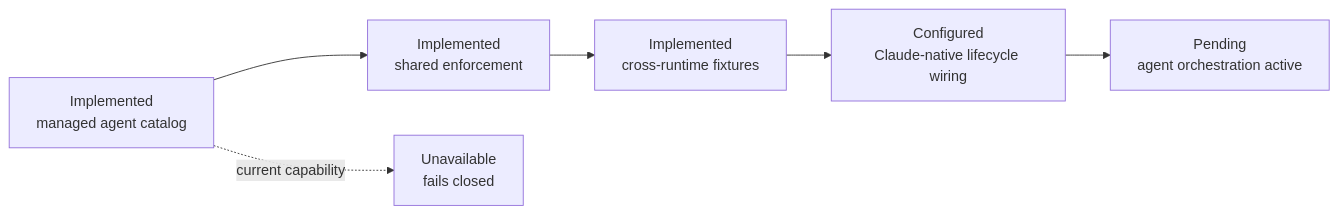
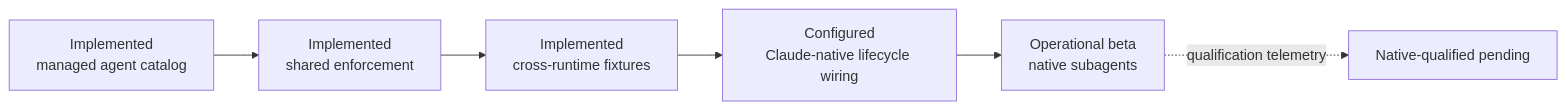
The diagram in adapters/claude/README.md (agentic-os-brasil/bcg-brasil-agentic-os), drawn with Mermaid before and after one commit. The commit also changed other lines of this file and 37 other files, not shown here.

Commit message:
feat: activate Claude native agent beta

````diff
--- a/adapters/claude/README.md
+++ b/adapters/claude/README.md
@@ -73,8 +75,8 @@
 ```mermaid
 flowchart LR
     Catalog["Implemented<br/>managed agent catalog"] --> Adapter["Implemented<br/>shared enforcement"]
     Adapter --> Fixtures["Implemented<br/>cross-runtime fixtures"]
     Fixtures --> Wiring["Configured<br/>Claude-native lifecycle wiring"]
-    Wiring --> Active["Pending<br/>agent orchestration active"]
-    Catalog -.->|current capability| Unavailable["Unavailable<br/>fails closed"]
+    Wiring --> Active["Operational beta<br/>native subagents"]
+    Active -.->|qualification telemetry| Pending["Native-qualified pending"]
 ```
````
